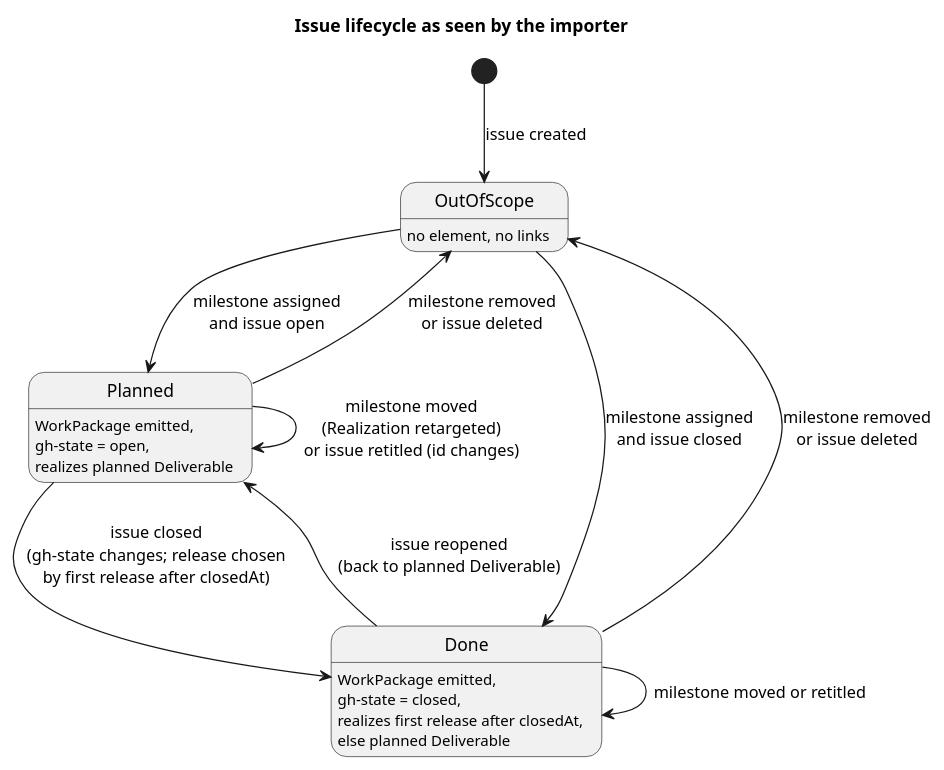
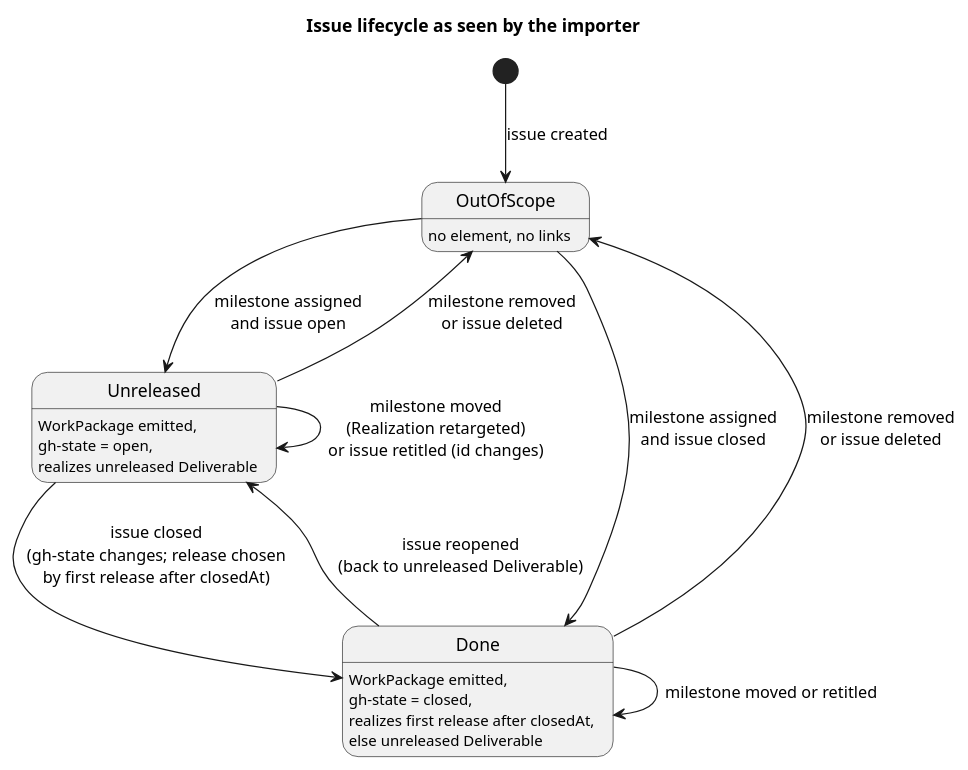
Before and after one commit to wolffy-au/frictionless-architect: the second of 2 diagrams in specs/003-gh-roadmap-archimate/data-model.md, drawn with PlantUML. The commit also changed other lines of this file and 18 other files, not shown here.

First line of the commit message:
refactor(model): call imported milestone Deliverables unreleased

````diff
--- a/specs/003-gh-roadmap-archimate/data-model.md
+++ b/specs/003-gh-roadmap-archimate/data-model.md
@@ -206,20 +206,20 @@
 ```plantuml
 @startuml
 title Issue lifecycle as seen by the importer
 hide empty description
 
 [*] --> OutOfScope : issue created
-OutOfScope --> Planned : milestone assigned\nand issue open
+OutOfScope --> Unreleased : milestone assigned\nand issue open
 OutOfScope --> Done : milestone assigned\nand issue closed
-Planned --> Done : issue closed\n(gh-state changes; release chosen\nby first release after closedAt)
-Done --> Planned : issue reopened\n(back to planned Deliverable)
-Planned --> Planned : milestone moved\n(Realization retargeted)\nor issue retitled (id changes)
+Unreleased --> Done : issue closed\n(gh-state changes; release chosen\nby first release after closedAt)
+Done --> Unreleased : issue reopened\n(back to unreleased Deliverable)
+Unreleased --> Unreleased : milestone moved\n(Realization retargeted)\nor issue retitled (id changes)
 Done --> Done : milestone moved or retitled
-Planned --> OutOfScope : milestone removed\nor issue deleted
+Unreleased --> OutOfScope : milestone removed\nor issue deleted
 Done --> OutOfScope : milestone removed\nor issue deleted
 
 state OutOfScope : no element, no links
-state Planned : WorkPackage emitted,\ngh-state = open,\nrealizes planned Deliverable
-state Done : WorkPackage emitted,\ngh-state = closed,\nrealizes first release after closedAt,\nelse planned Deliverable
+state Unreleased : WorkPackage emitted,\ngh-state = open,\nrealizes unreleased Deliverable
+state Done : WorkPackage emitted,\ngh-state = closed,\nrealizes first release after closedAt,\nelse unreleased Deliverable
 @enduml
 ```
````
